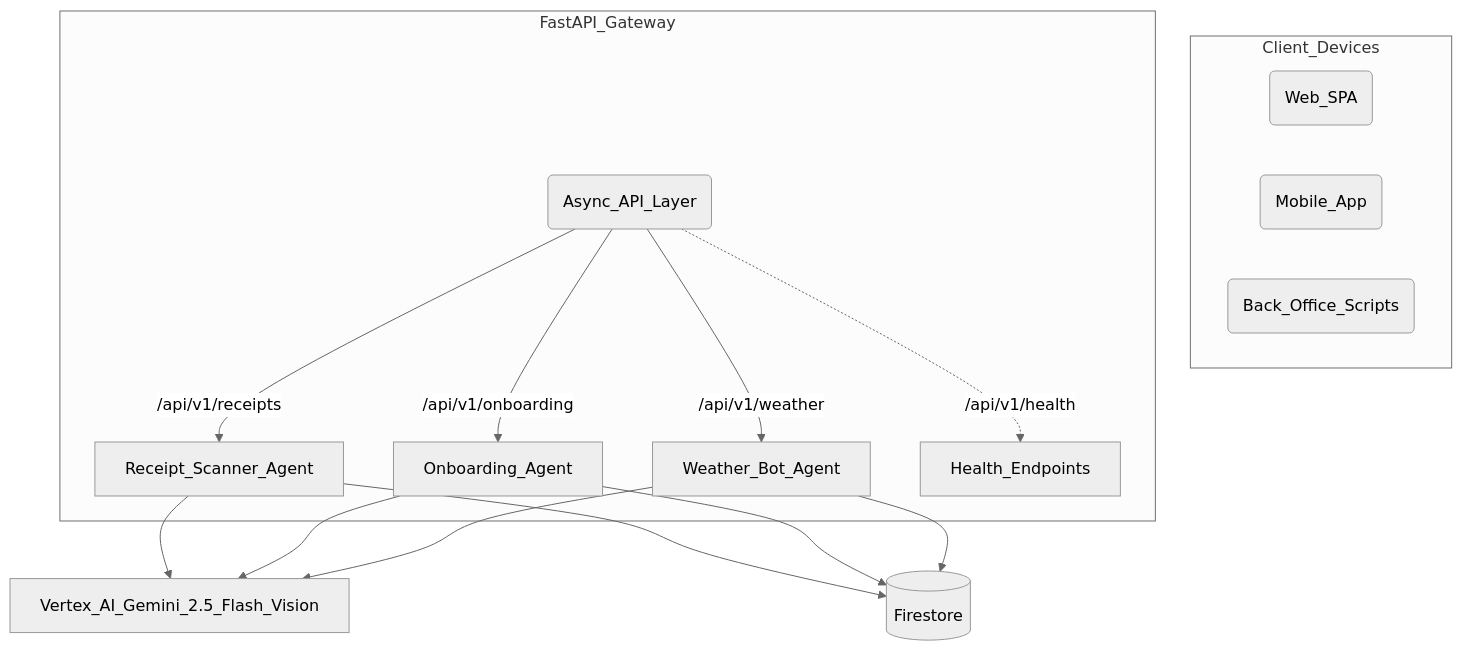
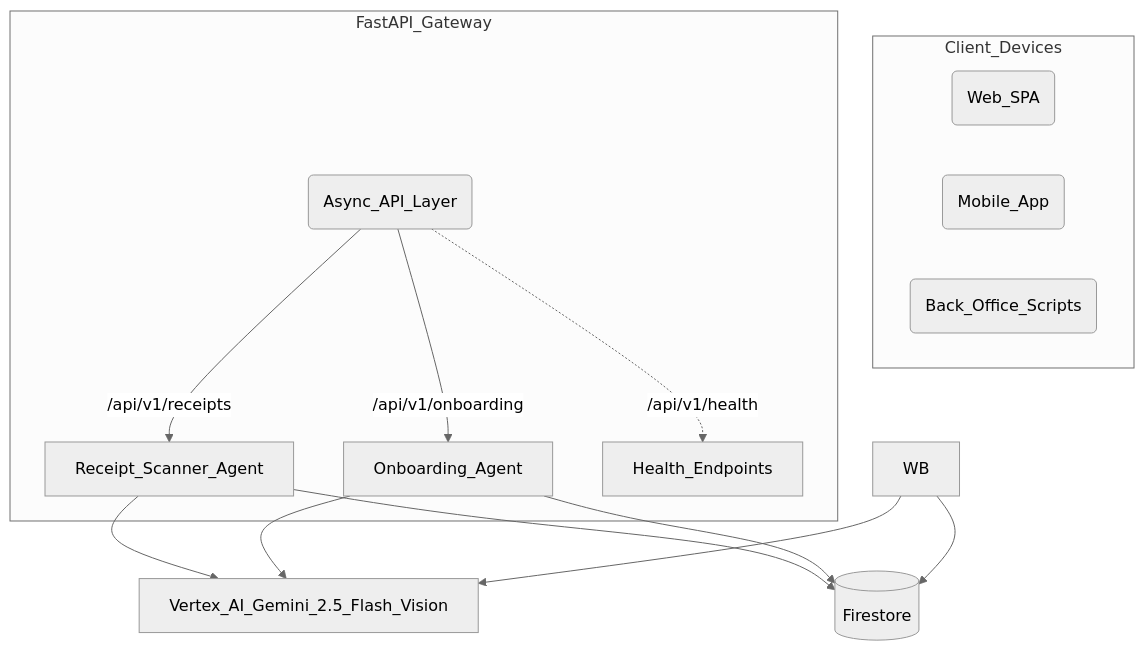
Before and after one commit to tsathya98/WalleteriumImperium: the second of 3 diagrams in README.md, drawn with Mermaid (neutral theme). The commit also changed other lines of this file, not shown here.

First line of the commit message:
Remove Weather Bot Agent documentation from README.md

````diff
--- a/README.md
+++ b/README.md
@@ -630,21 +630,20 @@
 ```mermaid
 graph TD
     subgraph Client_Devices
         A1(Web_SPA)
         A2(Mobile_App)
         A3(Back_Office_Scripts)
     end
     subgraph FastAPI_Gateway
         B(Async_API_Layer)
         B -->|/api/v1/receipts| RS[Receipt_Scanner_Agent]
         B -->|/api/v1/onboarding| OB[Onboarding_Agent]
-        B -->|/api/v1/weather| WB[Weather_Bot_Agent]
         B -.->|/api/v1/health| HC[Health_Endpoints]
     end
     RS --> VAI[Vertex_AI_Gemini_2.5_Flash_Vision]
     OB --> VAI
     WB --> VAI
     RS --> FS[(Firestore)]
     OB --> FS
     WB --> FS
 ```
````
